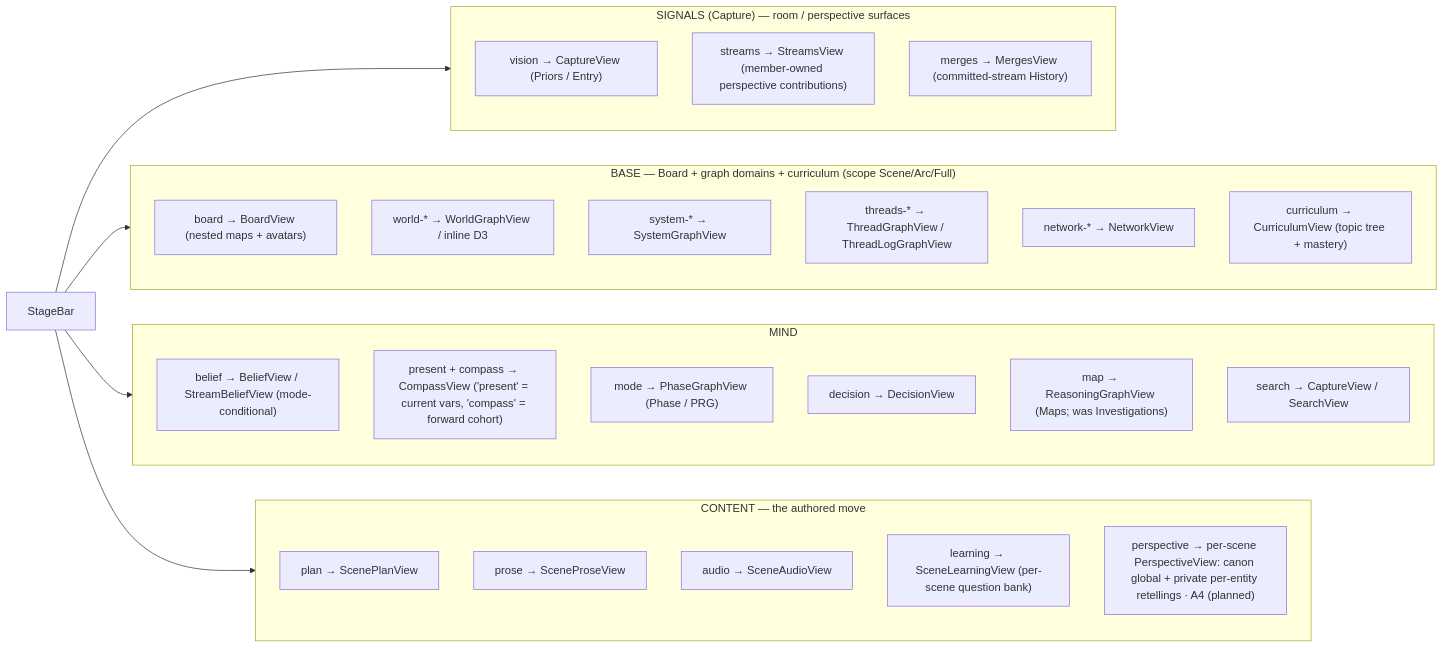
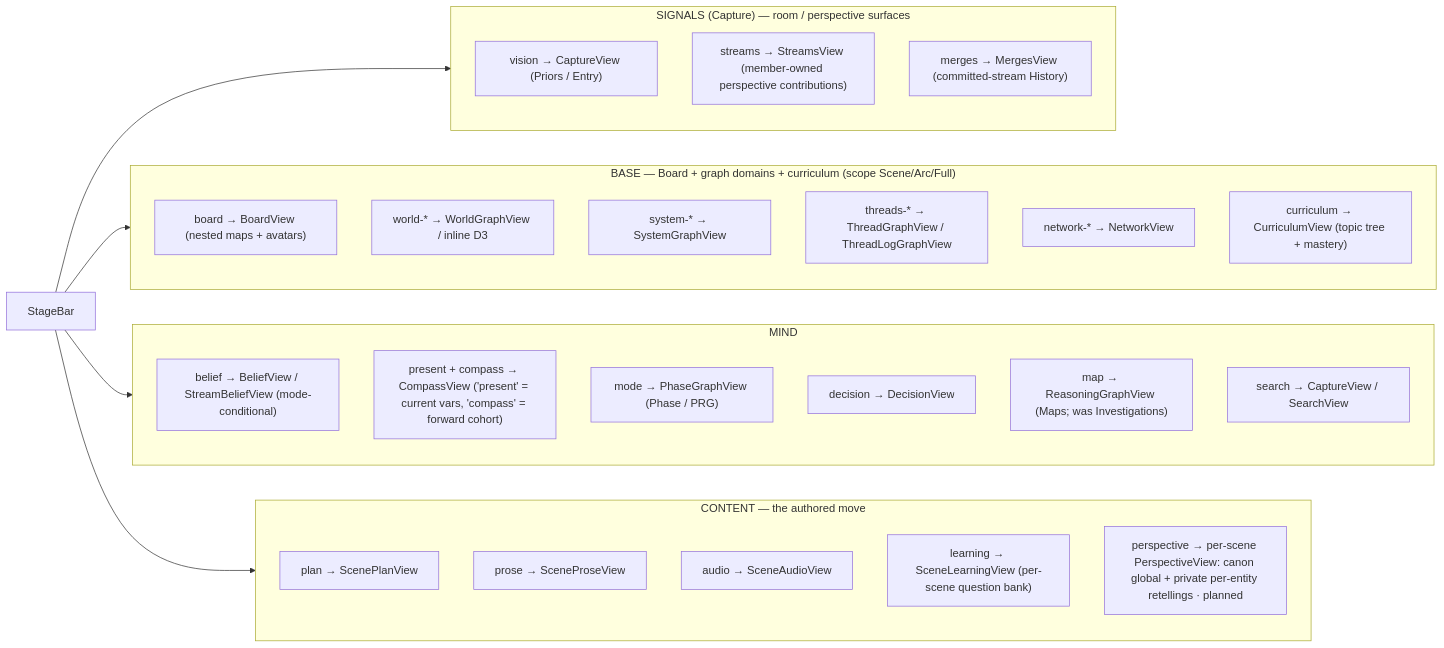
One commit to jasonyu0100/meridians changed the third of 8 diagrams in MERMAID.md. Above: the diagram before and after it, drawn with Mermaid. The commit also changed other lines of this file and 4 other files, not shown here.

````diff
--- a/MERMAID.md
+++ b/MERMAID.md
@@ -63,34 +63,34 @@
 ```mermaid
 flowchart LR
     CTB["StageBar"]
     CTB --> Signals & Base & Mind & Content
 
     subgraph Signals["SIGNALS (Capture) — room / perspective surfaces"]
         d1["vision → CaptureView (Priors / Entry)"]
         d2["streams → StreamsView (member-owned perspective contributions)"]
         d3["merges → MergesView (committed-stream History)"]
     end
     subgraph Base["BASE — Board + graph domains + curriculum (scope Scene/Arc/Full)"]
         b1["board → BoardView (nested maps + avatars)"]
         g1["world-* → WorldGraphView / inline D3"]
         g2["system-* → SystemGraphView"]
         g3["threads-* → ThreadGraphView / ThreadLogGraphView"]
         g4["network-* → NetworkView"]
         g5["curriculum → CurriculumView (topic tree + mastery)"]
     end
     subgraph Mind["MIND"]
         c1["belief → BeliefView / StreamBeliefView (mode-conditional)"]
         c2["present + compass → CompassView ('present' = current vars, 'compass' = forward cohort)"]
         c3["mode → PhaseGraphView (Phase / PRG)"]
         c4["decision → DecisionView"]
         c5["map → ReasoningGraphView (Maps; was Investigations)"]
         c6["search → CaptureView / SearchView"]
     end
     subgraph Content["CONTENT — the authored move"]
         s1["plan → ScenePlanView"]
         s2["prose → SceneProseView"]
         s3["audio → SceneAudioView"]
         s4["learning → SceneLearningView (per-scene question bank)"]
-        s5["perspective → per-scene PerspectiveView: canon global + private per-entity retellings · A4 (planned)"]
+        s5["perspective → per-scene PerspectiveView: canon global + private per-entity retellings · planned"]
     end
 ```
````
